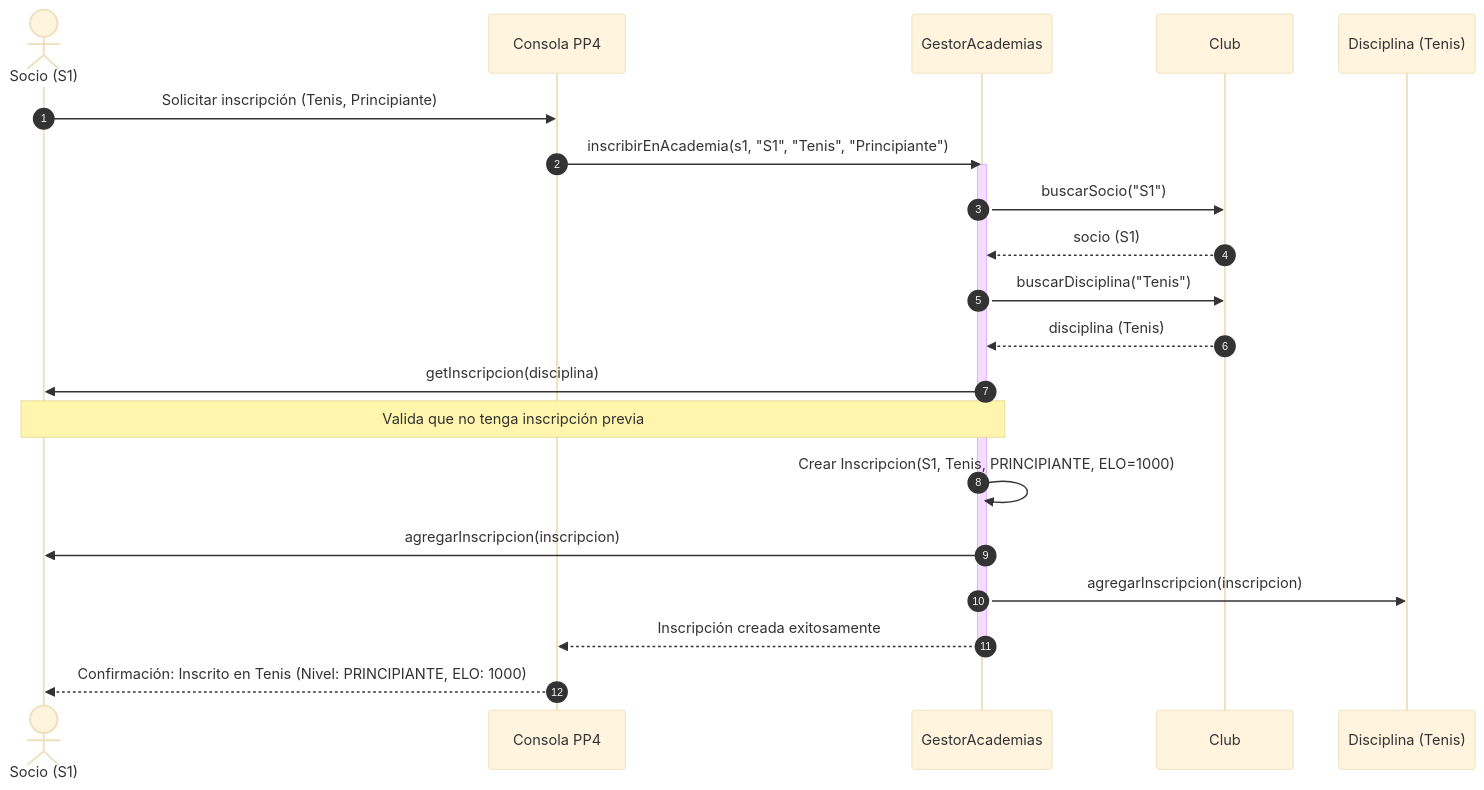
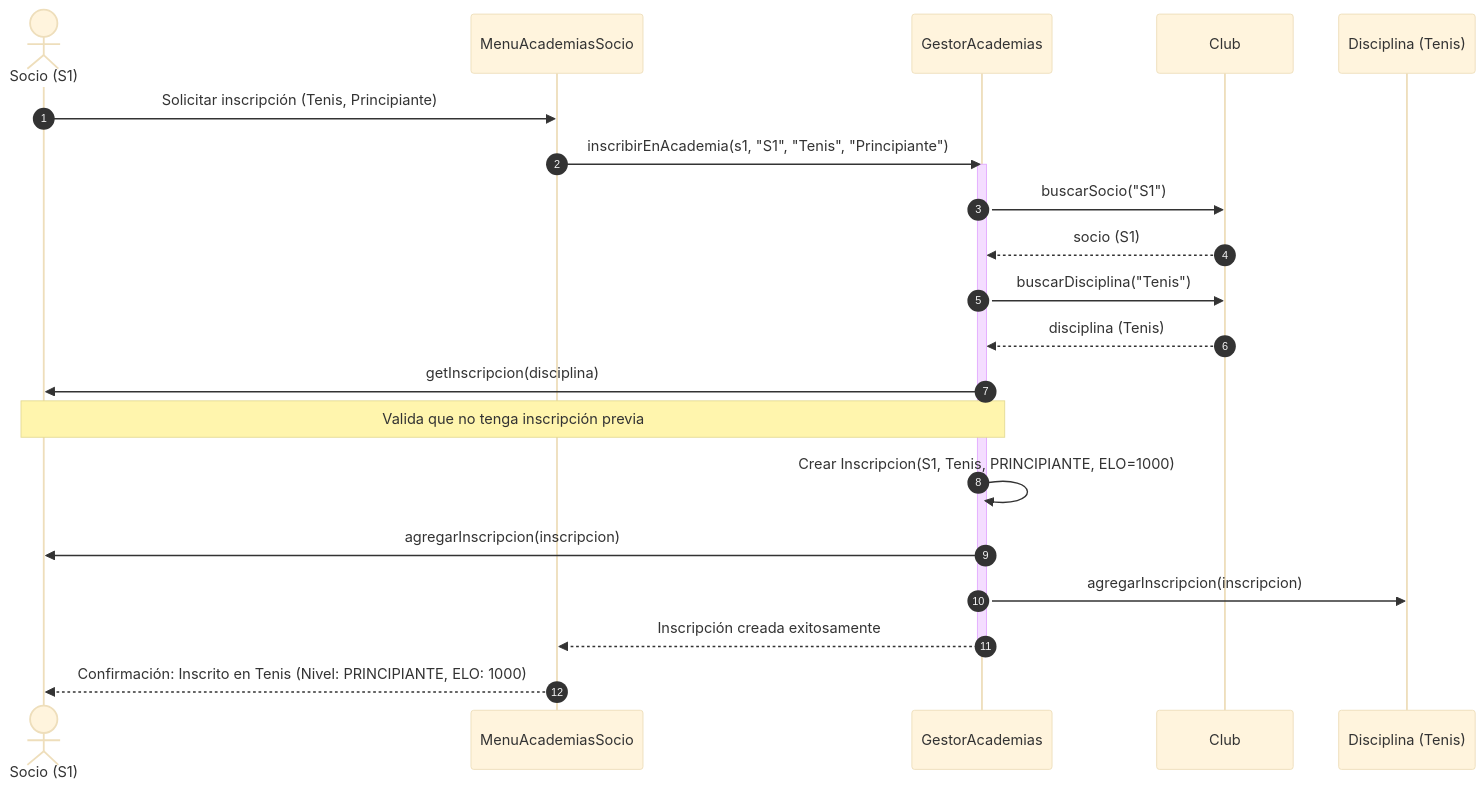
The diagram in Proyecto 2/Entrega única/docs/diagramas/secuencias/formato_raiz/secuencia_inscripcion.mmd (DPOO-Grupo1/Proyecto1), drawn with Mermaid (base theme) before and after one commit. The commit also changed 2 other files, not shown here.

```diff
--- a/Proyecto 2/Entrega única/docs/diagramas/secuencias/formato_raiz/secuencia_inscripcion.mmd
+++ b/Proyecto 2/Entrega única/docs/diagramas/secuencias/formato_raiz/secuencia_inscripcion.mmd
@@ -1,29 +1,29 @@
 sequenceDiagram
     autonumber
     actor Socio as Socio (S1)
-    participant Consola as Consola PP4
+    participant Consola as MenuAcademiasSocio
     participant Gestor as GestorAcademias
     participant Club as Club
     participant Disciplina as Disciplina (Tenis)
 
     Socio->>Consola: Solicitar inscripción (Tenis, Principiante)
     Consola->>Gestor: inscribirEnAcademia(s1, "S1", "Tenis", "Principiante")
 
     activate Gestor
     Gestor->>Club: buscarSocio("S1")
     Club-->>Gestor: socio (S1)
     
     Gestor->>Club: buscarDisciplina("Tenis")
     Club-->>Gestor: disciplina (Tenis)
 
     Gestor->>Socio: getInscripcion(disciplina)
     Note over Gestor,Socio: Valida que no tenga inscripción previa
 
     Gestor->>Gestor: Crear Inscripcion(S1, Tenis, PRINCIPIANTE, ELO=1000)
     Gestor->>Socio: agregarInscripcion(inscripcion)
     Gestor->>Disciplina: agregarInscripcion(inscripcion)
 
     Gestor-->>Consola: Inscripción creada exitosamente
     deactivate Gestor
 
     Consola-->>Socio: Confirmación: Inscrito en Tenis (Nivel: PRINCIPIANTE, ELO: 1000)
```
